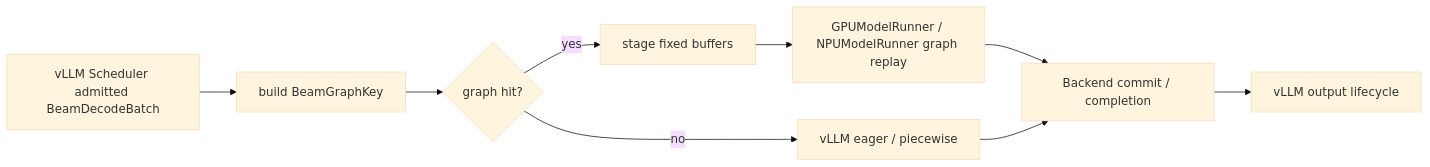
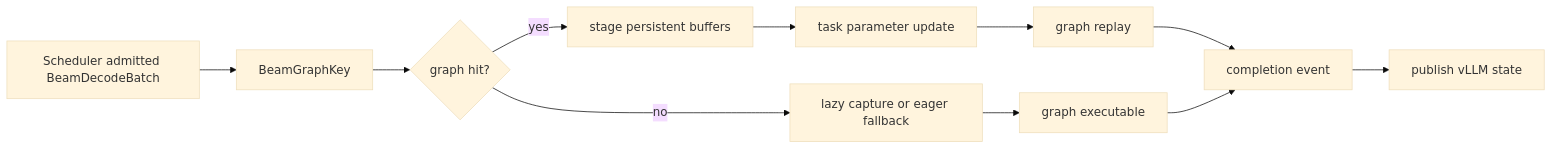
The ninth of 9 diagrams in GR/beam_incremental_decode_unified_architecture_design.md (zhanghanleo10/gr-related), drawn with Mermaid (base theme) before and after one commit. The commit also changed other lines of this file, not shown here.

````diff
--- a/GR/beam_incremental_decode_unified_architecture_design.md
+++ b/GR/beam_incremental_decode_unified_architecture_design.md
@@ -852,11 +838,13 @@
 ```mermaid
 flowchart LR
-    AD["vLLM Scheduler admitted BeamDecodeBatch"] --> GK["build BeamGraphKey"]
+    AD["Scheduler admitted BeamDecodeBatch"] --> GK["BeamGraphKey"]
     GK --> GD{"graph hit?"}
-    GD -->|yes| STG["stage fixed buffers"]
-    GD -->|no| EG["vLLM eager / piecewise"]
-    STG --> RP["GPUModelRunner / NPUModelRunner graph replay"]
-    RP --> CM["Backend commit / completion"]
-    EG --> CM
-    CM --> OUT["vLLM output lifecycle"]
+    GD -->|yes| STG["stage persistent buffers"]
+    GD -->|no| CAP["lazy capture or eager fallback"]
+    STG --> UPD["task parameter update"]
+    CAP --> EXE["graph executable"]
+    UPD --> RP["graph replay"]
+    RP --> EV["completion event"]
+    EXE --> EV
+    EV --> OUT["publish vLLM state"]
 ```
````
